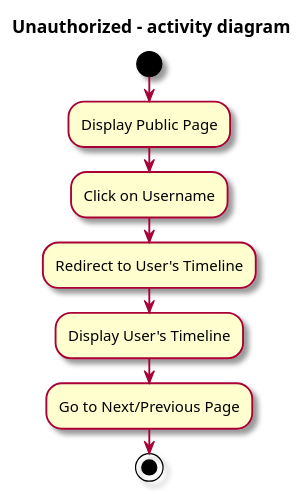
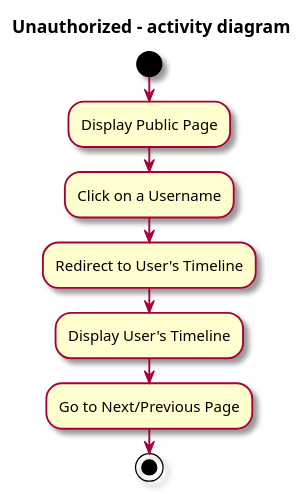
One commit to ITU-BDSA23-GROUP15/Chirp changed the diagram in docs/user_activity_unauthenticated.pu. Above: the diagram before and after it, drawn with PlantUML. The commit also changed 2 other files, not shown here.

Commit message:
update user activity diagrams

```diff
--- a/docs/user_activity_unauthenticated.pu
+++ b/docs/user_activity_unauthenticated.pu
@@ -1,14 +1,14 @@
 @startuml
 skin rose
 
 title Unauthorized - activity diagram
 
 start
 :Display Public Page;
-:Click on Username;
+:Click on a Username;
 :Redirect to User's Timeline;
 :Display User's Timeline;
 :Go to Next/Previous Page;
 stop
 
 @enduml
```
